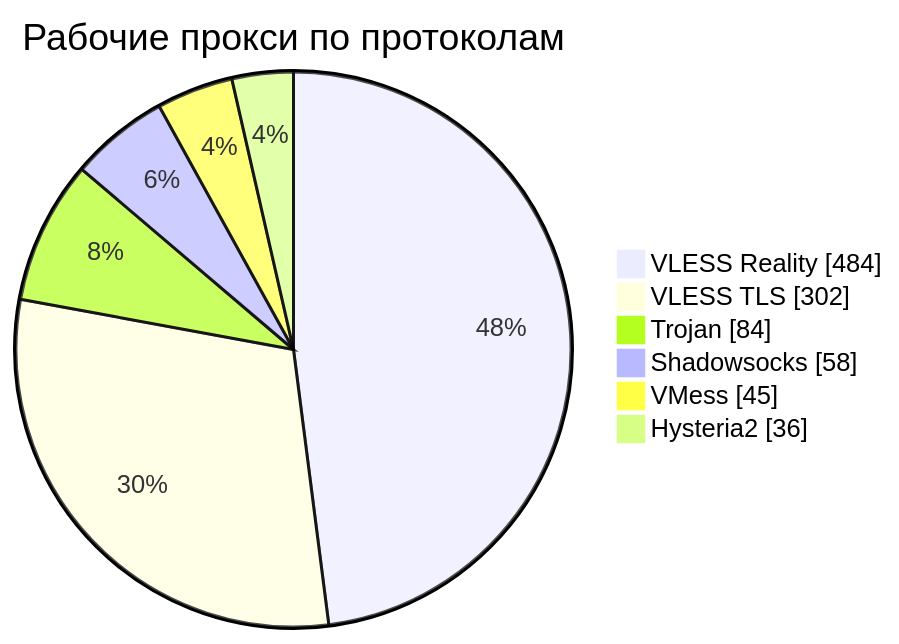
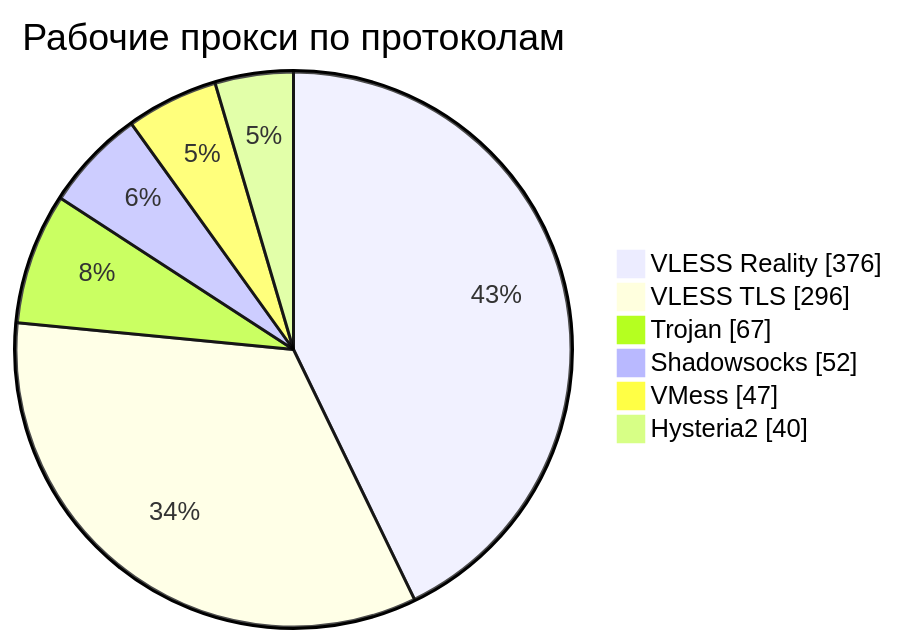
One commit to rvvg/proxy-subs changed the third of 4 diagrams in README.md. Above: the diagram before and after it, drawn with Mermaid. The commit also changed other lines of this file and 45 other files, not shown here.

````diff
--- a/README.md
+++ b/README.md
@@ -135,10 +132,10 @@
 ```mermaid
 pie showData
     title Рабочие прокси по протоколам
-    "VLESS Reality" : 484
-    "VLESS TLS" : 302
-    "Trojan" : 84
-    "Shadowsocks" : 58
-    "VMess" : 45
-    "Hysteria2" : 36
+    "VLESS Reality" : 376
+    "VLESS TLS" : 296
+    "Trojan" : 67
+    "Shadowsocks" : 52
+    "VMess" : 47
+    "Hysteria2" : 40
 ```
````
